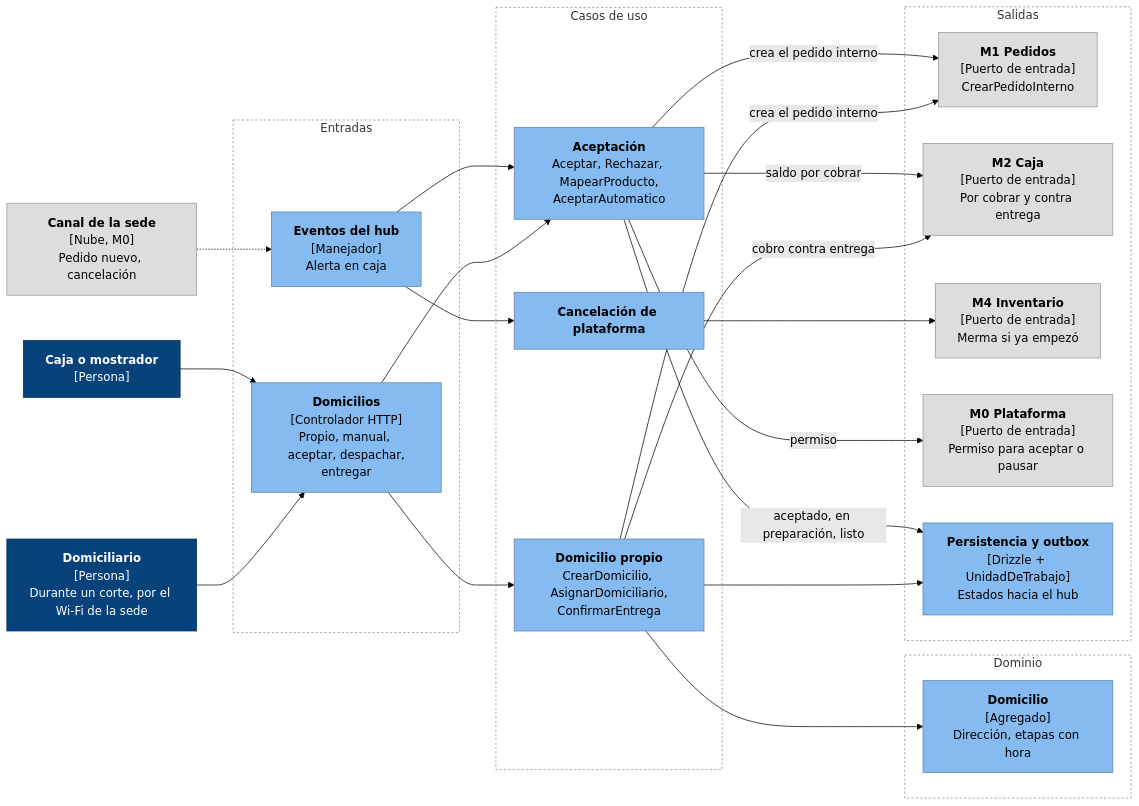
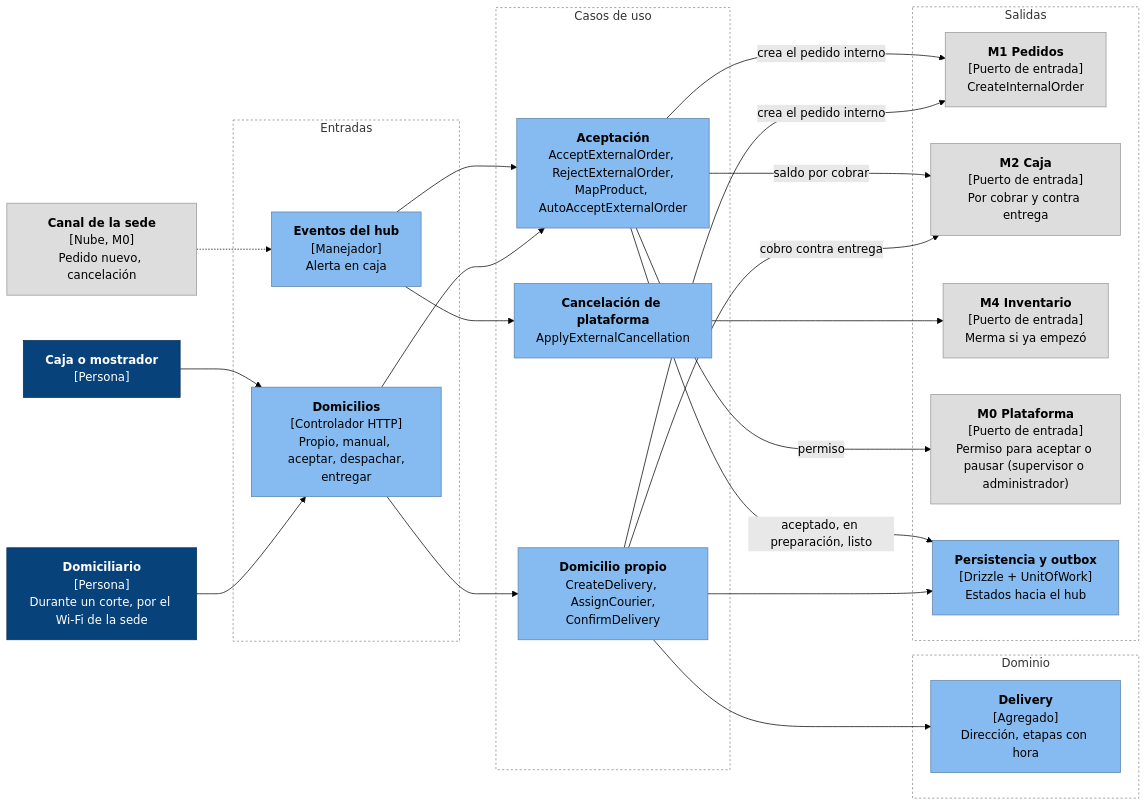
The second of 2 diagrams in docs/arquitectura/componentes/c4-m5-domicilios.md (CesarJOtizM/blackHole), drawn with Mermaid (forest theme) before and after one commit. The commit also changed other lines of this file and 159 other files, not shown here.

````diff
--- a/docs/arquitectura/componentes/c4-m5-domicilios.md
+++ b/docs/arquitectura/componentes/c4-m5-domicilios.md
@@ -90,57 +90,57 @@
 ```mermaid
 flowchart LR
   CAN["<b>Canal de la sede</b><br/>[Nube, M0]<br/>Pedido nuevo, cancelación"]:::modulo
   CAJ["<b>Caja o mostrador</b><br/>[Persona]"]:::persona
   DOM["<b>Domiciliario</b><br/>[Persona]<br/>Durante un corte, por el Wi-Fi de la sede"]:::persona
 
   subgraph Entradas["Entradas"]
     EVT["<b>Eventos del hub</b><br/>[Manejador]<br/>Alerta en caja"]:::componente
     HTTP["<b>Domicilios</b><br/>[Controlador HTTP]<br/>Propio, manual, aceptar, despachar,<br/>entregar"]:::componente
   end
 
   subgraph Aplicacion["Casos de uso"]
-    UC_ACE["<b>Aceptación</b><br/>Aceptar, Rechazar, MapearProducto,<br/>AceptarAutomatico"]:::componente
-    UC_CAN["<b>Cancelación de plataforma</b>"]:::componente
-    UC_DOM["<b>Domicilio propio</b><br/>CrearDomicilio, AsignarDomiciliario,<br/>ConfirmarEntrega"]:::componente
+    UC_ACE["<b>Aceptación</b><br/>AcceptExternalOrder, RejectExternalOrder,<br/>MapProduct, AutoAcceptExternalOrder"]:::componente
+    UC_CAN["<b>Cancelación de plataforma</b><br/>ApplyExternalCancellation"]:::componente
+    UC_DOM["<b>Domicilio propio</b><br/>CreateDelivery, AssignCourier,<br/>ConfirmDelivery"]:::componente
   end
 
   subgraph Dominio["Dominio"]
-    D_DOM["<b>Domicilio</b><br/>[Agregado]<br/>Dirección, etapas con hora"]:::componente
+    D_DOM["<b>Delivery</b><br/>[Agregado]<br/>Dirección, etapas con hora"]:::componente
   end
 
   subgraph Salida["Salidas"]
-    M1["<b>M1 Pedidos</b><br/>[Puerto de entrada]<br/>CrearPedidoInterno"]:::modulo
+    M1["<b>M1 Pedidos</b><br/>[Puerto de entrada]<br/>CreateInternalOrder"]:::modulo
     M2["<b>M2 Caja</b><br/>[Puerto de entrada]<br/>Por cobrar y contra entrega"]:::modulo
     M4["<b>M4 Inventario</b><br/>[Puerto de entrada]<br/>Merma si ya empezó"]:::modulo
-    M0["<b>M0 Plataforma</b><br/>[Puerto de entrada]<br/>Permiso para aceptar o pausar"]:::modulo
-    OUT["<b>Persistencia y outbox</b><br/>[Drizzle + UnidadDeTrabajo]<br/>Estados hacia el hub"]:::componente
+    M0["<b>M0 Plataforma</b><br/>[Puerto de entrada]<br/>Permiso para aceptar o pausar (supervisor o administrador)"]:::modulo
+    OUT["<b>Persistencia y outbox</b><br/>[Drizzle + UnitOfWork]<br/>Estados hacia el hub"]:::componente
   end
 
   CAN -.-> EVT
   CAJ --> HTTP
   DOM --> HTTP
 
   EVT --> UC_ACE
   EVT --> UC_CAN
   HTTP --> UC_ACE
   HTTP --> UC_DOM
 
   UC_DOM --> D_DOM
 
   UC_ACE -- "crea el pedido interno" --> M1
   UC_DOM -- "crea el pedido interno" --> M1
   UC_ACE -- "saldo por cobrar" --> M2
   UC_DOM -- "cobro contra entrega" --> M2
   UC_CAN --> M4
   UC_ACE -- "permiso" --> M0
   UC_ACE -- "aceptado, en preparación, listo" --> OUT
   UC_DOM --> OUT
 
   classDef persona fill:#08427b,stroke:#052e56,color:#fff
   classDef componente fill:#85bbf0,stroke:#5d82a8,color:#000
   classDef modulo fill:#dddddd,stroke:#999999,color:#000
   style Entradas fill:none,stroke:#888,stroke-dasharray: 3 3
   style Aplicacion fill:none,stroke:#888,stroke-dasharray: 3 3
   style Dominio fill:none,stroke:#888,stroke-dasharray: 3 3
   style Salida fill:none,stroke:#888,stroke-dasharray: 3 3
 ```
````
